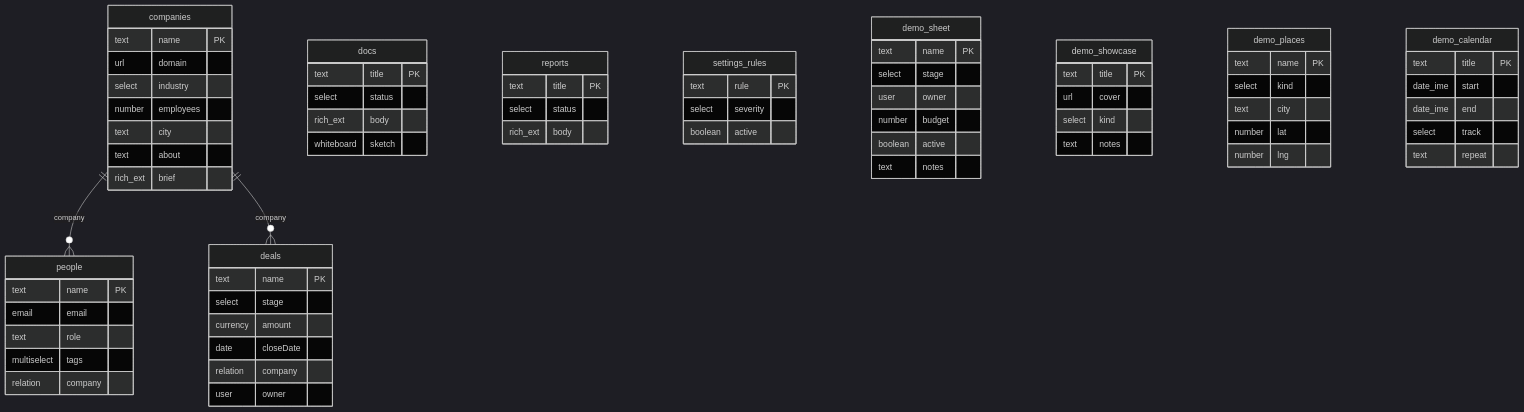
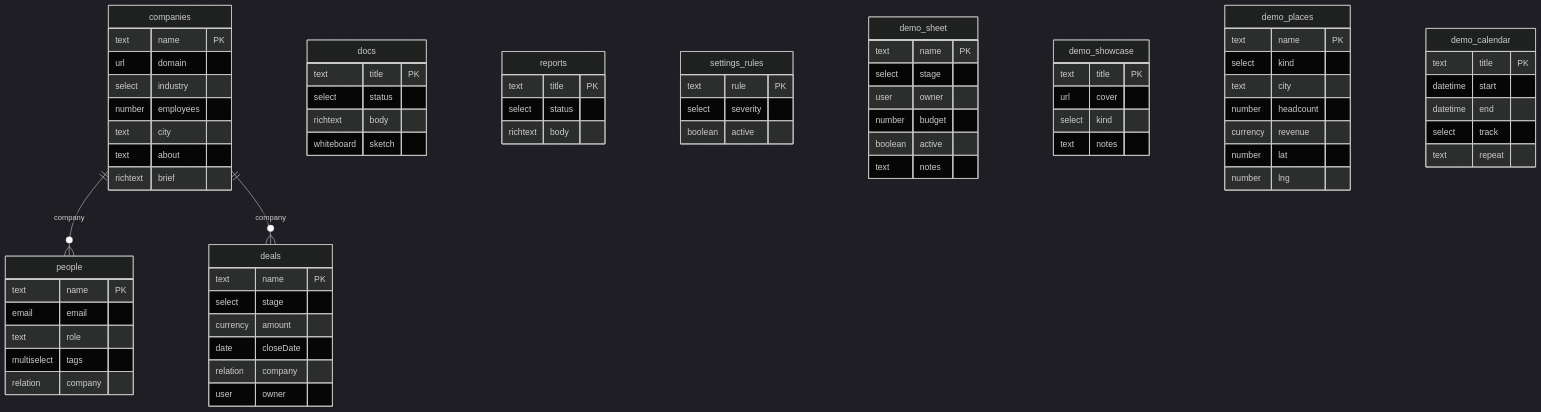
The diagram in docs/DATA-MODEL.md (achammah/nexus-app-starter), drawn with Mermaid (dark theme) before and after one commit. The commit also changed other lines of this file and 8 other files, not shown here.

````diff
--- a/docs/DATA-MODEL.md
+++ b/docs/DATA-MODEL.md
@@ -7,73 +7,75 @@
 ```mermaid
 erDiagram
   companies {
     text name "PK"
     url domain
     select industry
     number employees
     text city
     text about
-    rich_ext brief
+    richtext brief
   }
   people {
     text name "PK"
     email email
     text role
     multiselect tags
     relation company
   }
   deals {
     text name "PK"
     select stage
     currency amount
     date closeDate
     relation company
     user owner
   }
   docs {
     text title "PK"
     select status
-    rich_ext body
+    richtext body
     whiteboard sketch
   }
   reports {
     text title "PK"
     select status
-    rich_ext body
+    richtext body
   }
   settings_rules {
     text rule "PK"
     select severity
     boolean active
   }
   demo_sheet {
     text name "PK"
     select stage
     user owner
     number budget
     boolean active
     text notes
   }
   demo_showcase {
     text title "PK"
     url cover
     select kind
     text notes
   }
   demo_places {
     text name "PK"
     select kind
     text city
+    number headcount
+    currency revenue
     number lat
     number lng
   }
   demo_calendar {
     text title "PK"
-    date_ime start
-    date_ime end
+    datetime start
+    datetime end
     select track
     text repeat
   }
   companies ||--o{ people : "company"
   companies ||--o{ deals : "company"
 ```
````
